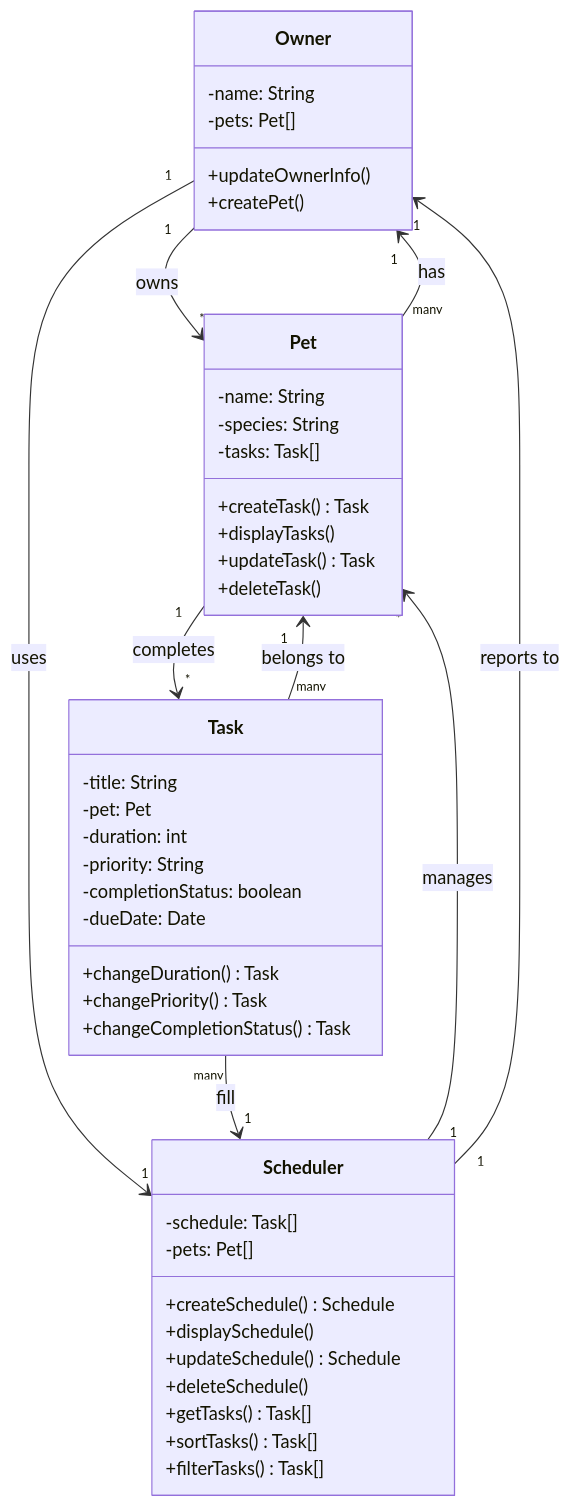
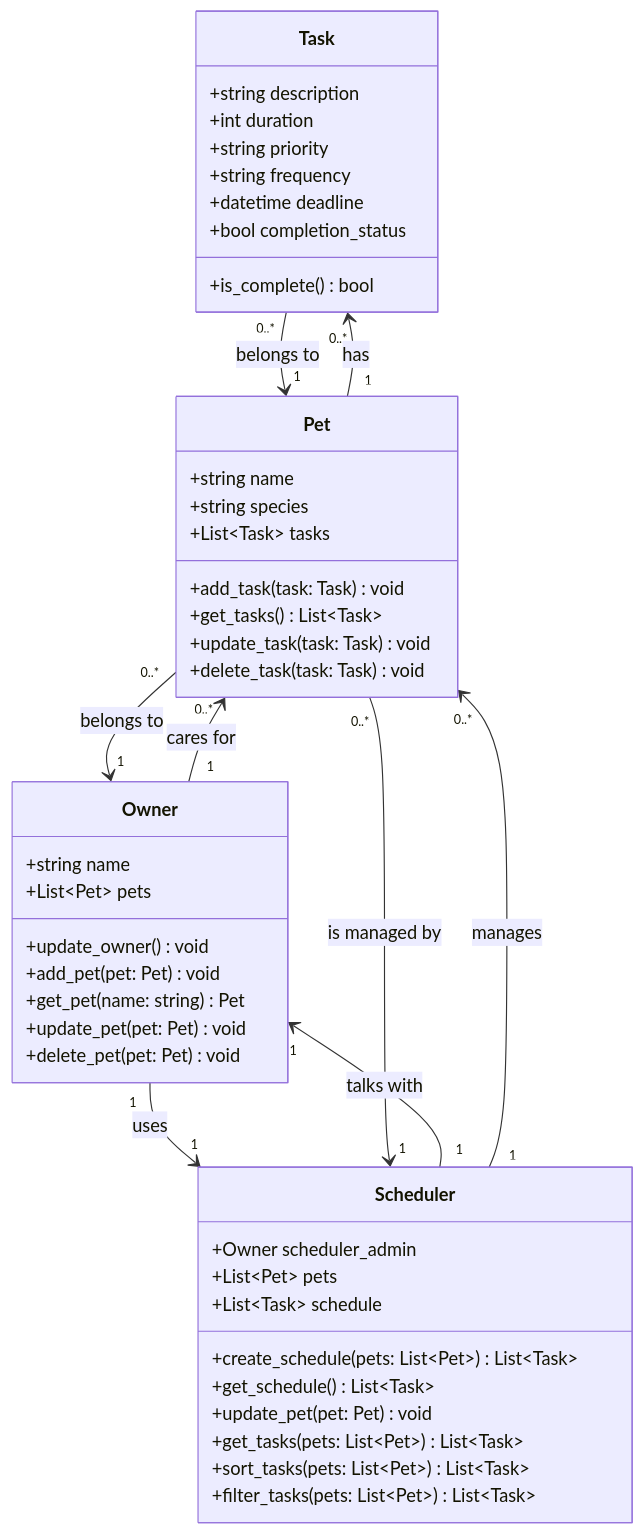
Before and after one commit to ftripjr/pawpal-starter: the diagram in diagrams/uml_draft.mmd, drawn with Mermaid. The commit also changed 2 other files, not shown here.

```diff
--- a/diagrams/uml_draft.mmd
+++ b/diagrams/uml_draft.mmd
@@ -1,50 +1,52 @@
 classDiagram
-    class Owner {
-        -name: String
-        -pets: Pet[]
-        +updateOwnerInfo()
-        +createPet()
+    class Task {
+        +string description
+        +int duration
+        +string priority
+        +string frequency
+        +datetime deadline
+        +bool completion_status
+        +is_complete() bool
     }
 
     class Pet {
-        -name: String
-        -species: String
-        -tasks: Task[]
-        +createTask() Task
-        +displayTasks()
-        +updateTask() Task
-        +deleteTask()
+        +string name
+        +string species
+        +List~Task~ tasks
+        +add_task(task: Task) void
+        +get_tasks() List~Task~
+        +update_task(task: Task) void
+        +delete_task(task: Task) void
     }
 
-    class Task {
-        -title: String
-        -pet: Pet
-        -duration: int
-        -priority: String
-        -completionStatus: boolean
-        -dueDate: Date
-        +changeDuration() Task
-        +changePriority() Task
-        +changeCompletionStatus() Task
+    class Owner {
+        +string name
+        +List~Pet~ pets
+        +update_owner() void
+        +add_pet(pet: Pet) void
+        +get_pet(name: string) Pet
+        +update_pet(pet: Pet) void
+        +delete_pet(pet: Pet) void
     }
 
     class Scheduler {
-        -schedule: Task[]
-        -pets: Pet[]
-        +createSchedule() Schedule
-        +displaySchedule()
-        +updateSchedule() Schedule
-        +deleteSchedule()
-        +getTasks() Task[]
-        +sortTasks() Task[]
-        +filterTasks() Task[]
+        +Owner scheduler_admin
+        +List~Pet~ pets
+        +List~Task~ schedule
+        +create_schedule(pets: List~Pet~) List~Task~
+        +get_schedule() List~Task~
+        +update_pet(pet: Pet) void
+        +get_tasks(pets: List~Pet~) List~Task~
+        +sort_tasks(pets: List~Pet~) List~Task~
+        +filter_tasks(pets: List~Pet~) List~Task~
     }
 
-    Owner "1" --> "*" Pet : owns
+    %% Relationships
+    Task "0..*" --> "1" Pet : belongs to
+    Pet "1" --> "0..*" Task : has
+    Pet "0..*" --> "1" Owner : belongs to
+    Owner "1" --> "0..*" Pet : cares for
     Owner "1" --> "1" Scheduler : uses
-    Pet "many" --> "1" Owner : has
-    Pet "1" --> "*" Task : completes
-    Task "many" --> "1" Pet : belongs to
-    Task "many" --> "1" Scheduler : fill
-    Scheduler "1" --> "*" Pet : manages
-    Scheduler "1" --> "1" Owner : reports to
+    Scheduler "1" --> "1" Owner : talks with
+    Scheduler "1" --> "0..*" Pet : manages
+    Pet "0..*" --> "1" Scheduler : is managed by
```
